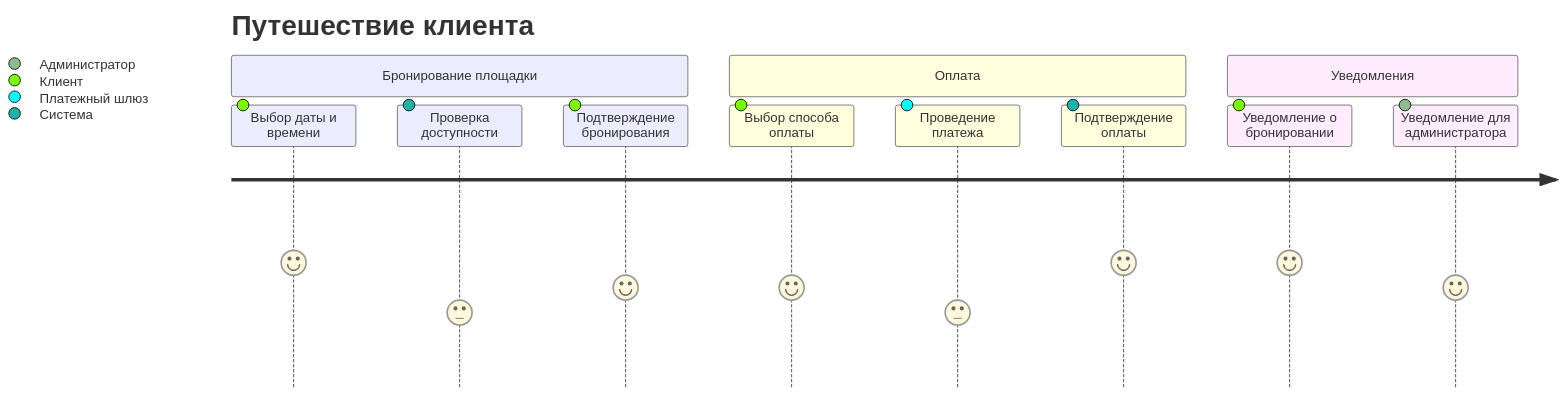
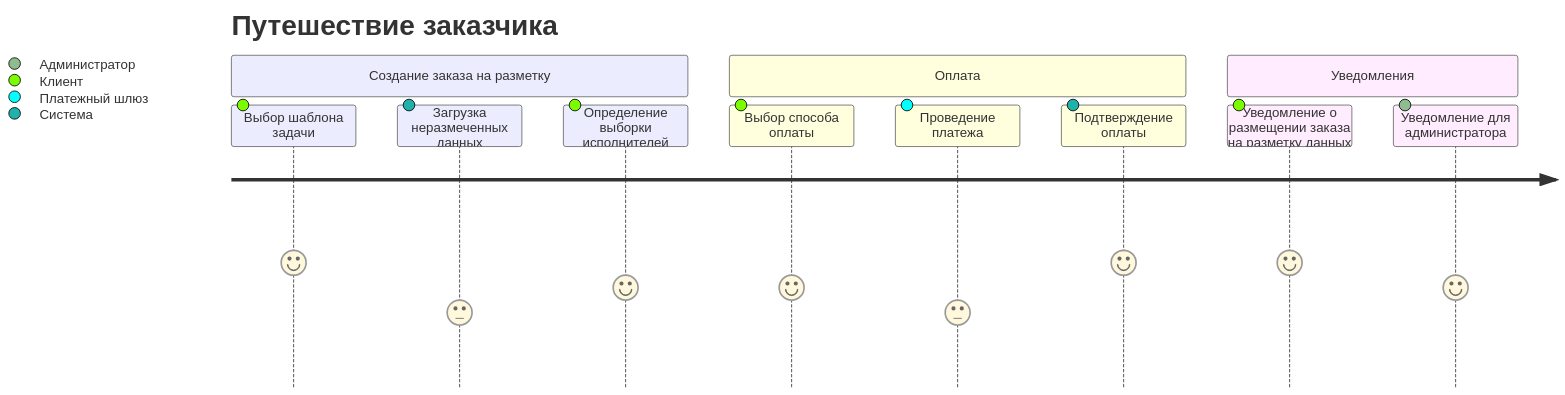
The third of 4 diagrams in README.md (Flak34/coursework-frontend), drawn with Mermaid before and after one commit. The commit also changed other lines of this file, not shown here.

````diff
--- a/README.md
+++ b/README.md
@@ -61,16 +61,16 @@
 ``` mermaid
 journey
-    title Путешествие клиента
-    section Бронирование площадки
-      Выбор даты и времени: 5: Клиент
-      Проверка доступности: 3: Система
-      Подтверждение бронирования: 4: Клиент
+    title Путешествие заказчика
+    section Создание заказа на разметку
+      Выбор шаблона задачи: 5: Клиент
+      Загрузка неразмеченных данных: 3: Система
+      Определение выборки исполнителей: 4: Клиент
     section Оплата
       Выбор способа оплаты: 4: Клиент
       Проведение платежа: 3: Платежный шлюз
       Подтверждение оплаты: 5: Система
     section Уведомления
-      Уведомление о бронировании: 5: Клиент
+      Уведомление о размещении заказа на разметку данных: 5: Клиент
       Уведомление для администратора: 4: Администратор
   
 ```
````
